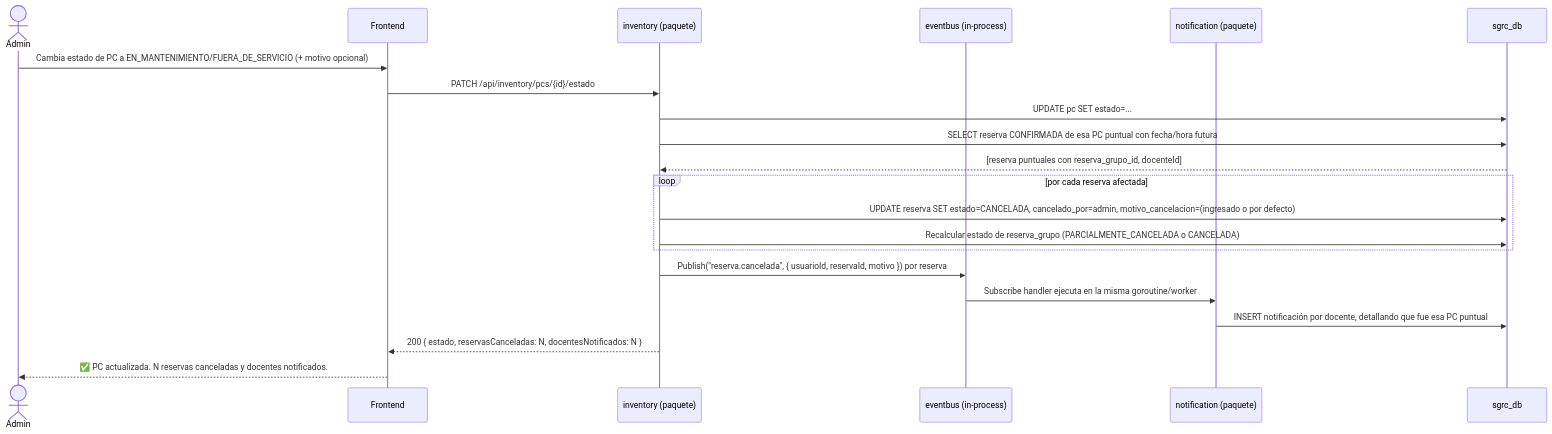
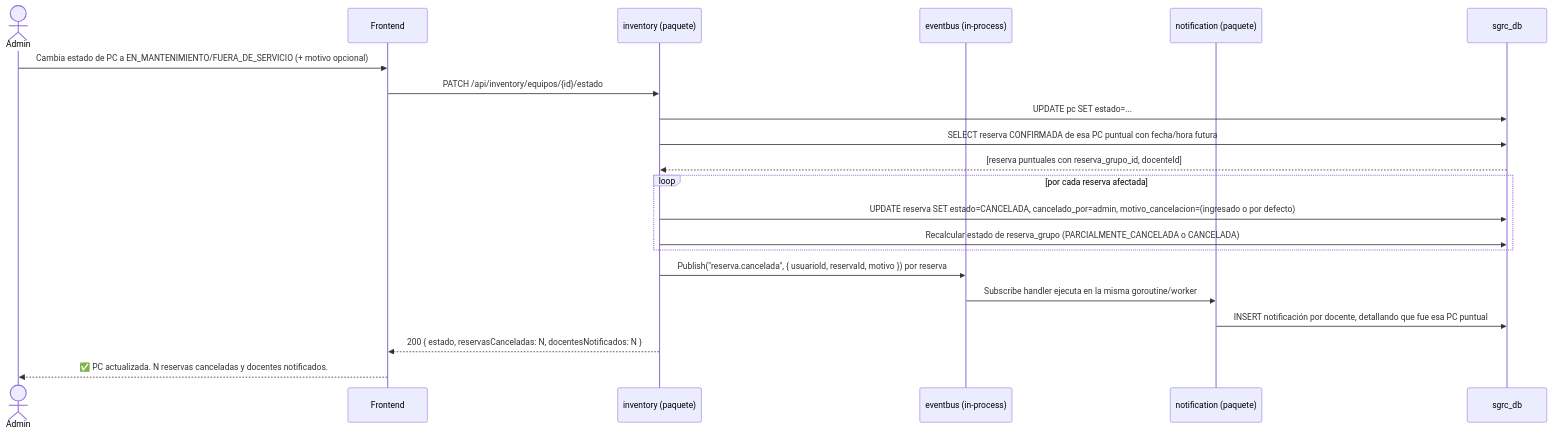
Before and after one commit to agustin-y2k/sgrc: the seventh of 13 diagrams in docs/04-diagramas-secuencia.md, drawn with Mermaid. The commit also changed other lines of this file and 140 other files, not shown here.

````diff
--- a/docs/04-diagramas-secuencia.md
+++ b/docs/04-diagramas-secuencia.md
@@ -224,24 +224,24 @@
 ```mermaid
 sequenceDiagram
     actor ADM as Admin
     participant FE as Frontend
     participant INV as inventory (paquete)
     participant EB as eventbus (in-process)
     participant NOTIF as notification (paquete)
     participant DB as sgrc_db
 
     ADM->>FE: Cambia estado de PC a EN_MANTENIMIENTO/FUERA_DE_SERVICIO (+ motivo opcional)
-    FE->>INV: PATCH /api/inventory/pcs/{id}/estado
+    FE->>INV: PATCH /api/inventory/equipos/{id}/estado
     INV->>DB: UPDATE pc SET estado=...
     INV->>DB: SELECT reserva CONFIRMADA de esa PC puntual con fecha/hora futura
     DB-->>INV: [reserva puntuales con reserva_grupo_id, docenteId]
     loop por cada reserva afectada
         INV->>DB: UPDATE reserva SET estado=CANCELADA, cancelado_por=admin, motivo_cancelacion=(ingresado o por defecto)
         INV->>DB: Recalcular estado de reserva_grupo (PARCIALMENTE_CANCELADA o CANCELADA)
     end
     INV->>EB: Publish("reserva.cancelada", { usuarioId, reservaId, motivo }) por reserva
     EB->>NOTIF: Subscribe handler ejecuta en la misma goroutine/worker
     NOTIF->>DB: INSERT notificación por docente, detallando que fue esa PC puntual
     INV-->>FE: 200 { estado, reservasCanceladas: N, docentesNotificados: N }
     FE-->>ADM: ✅ PC actualizada. N reservas canceladas y docentes notificados.
 ```
````
